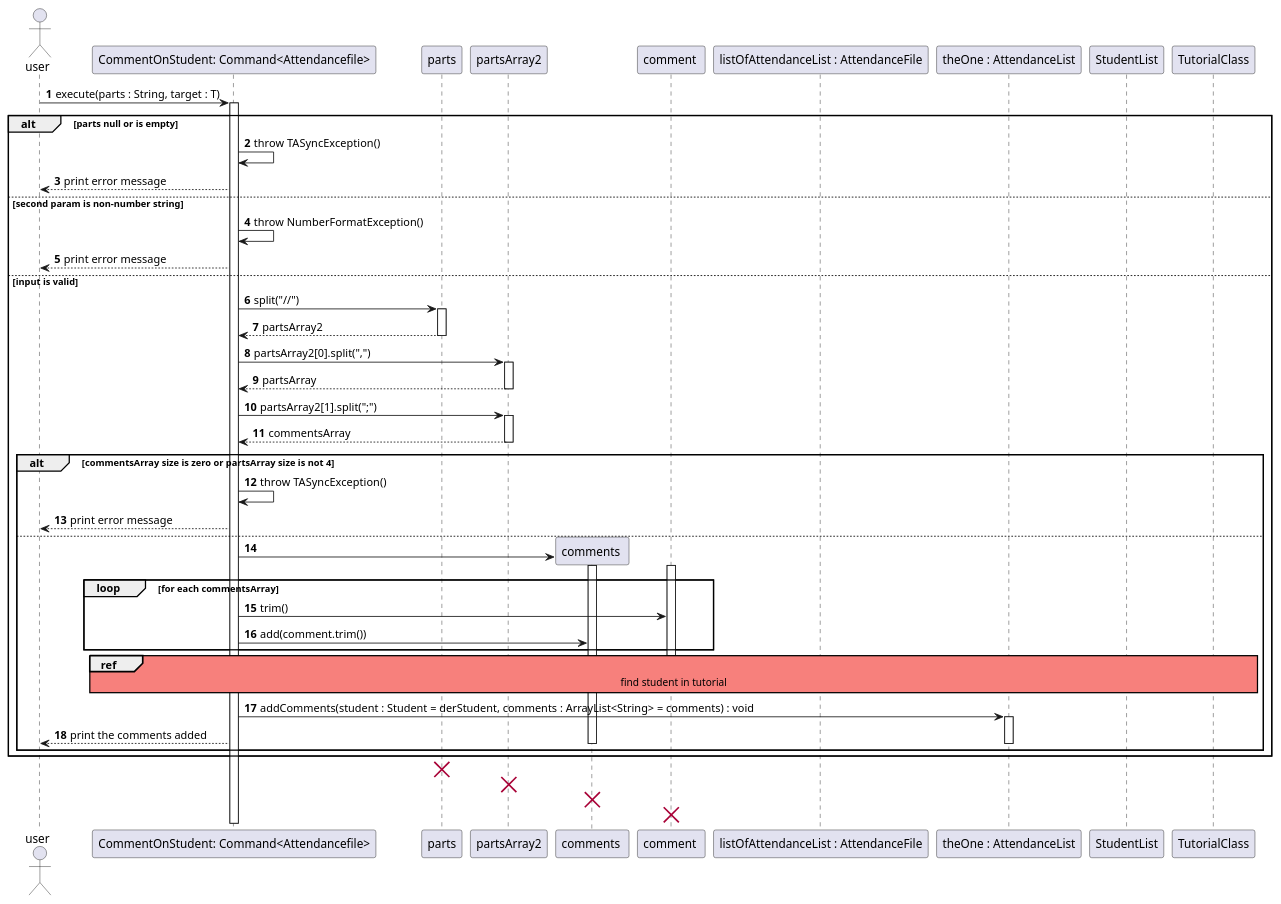
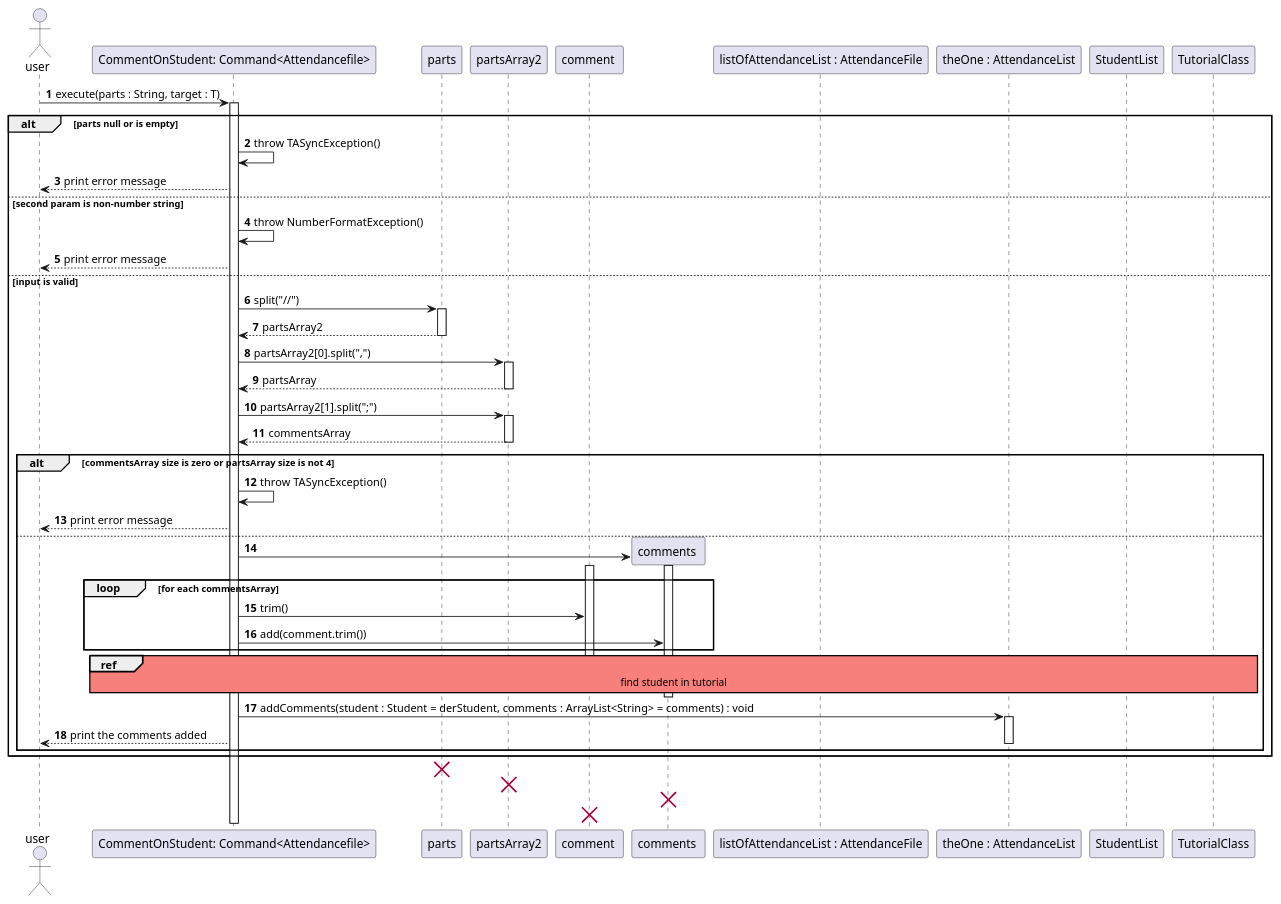
One commit to wongyihao02/tp changed the diagram in docs/diagrams/attendancelistcommands/CommentOnStudentCommandSequenceDiagram.puml. Above: the diagram before and after it, drawn with PlantUML. The commit also changed other lines of this file and 2 other files, not shown here.

Commit message:
edited seq diagram

```diff
--- a/docs/diagrams/attendancelistcommands/CommentOnStudentCommandSequenceDiagram.puml
+++ b/docs/diagrams/attendancelistcommands/CommentOnStudentCommandSequenceDiagram.puml
@@ -1,76 +1,76 @@
 @startuml
 'https://plantuml.com/sequence-diagram
 actor user
 autonumber
 
 participant "CommentOnStudent: Command<Attendancefile>" as command
 participant "parts" as parts
 participant "partsArray2" as partsArray
+participant "comment " as comment
 participant "comments " as comments
-participant "comment " as comment
 participant "listOfAttendanceList : AttendanceFile" as listOfAttendanceList
 participant "theOne : AttendanceList" as theOne
 participant "StudentList" as studentList
 participant "TutorialClass" as tutorialClass
 
 skinparam sequenceReferenceBackgroundColor #f7807c
 
 
 user -> command : execute(parts : String, target : T)
 activate command
 alt parts null or is empty
 command -> command : throw TASyncException()
 command --> user : print error message
 else second param is non-number string
 command -> command : throw NumberFormatException()
 command --> user : print error message
 else input is valid
     command -> parts : split("//")
     activate parts
     parts --> command : partsArray2
     deactivate parts
     command -> partsArray : partsArray2[0].split(",")
     activate partsArray
     command <-- partsArray : partsArray
     deactivate partsArray
     command -> partsArray : partsArray2[1].split(";")
     activate partsArray
     command <-- partsArray : commentsArray
     deactivate partsArray
     alt commentsArray size is zero or partsArray size is not 4
     command -> command : throw TASyncException()
     command --> user : print error message
     else
     create comments
     command -> comments
     activate comments
 
     loop for each commentsArray
     activate comment
     command -> comment : trim()
     command -> comments : add(comment.trim())
 
     end loop
     deactivate comment
 
 ref over command, listOfAttendanceList, theOne, tutorialClass, studentList
 find student in tutorial
 end ref
 
-
+    deactivate comments
     command -> theOne : addComments(student : Student = derStudent, comments : ArrayList<String> = comments) : void
     activate theOne
     command --> user : print the comments added
-    deactivate comments
+
 
 deactivate theOne
 
 end
 end
 
 destroy parts
 destroy partsArray
 destroy comments
 destroy comment
 
 @enduml
```
